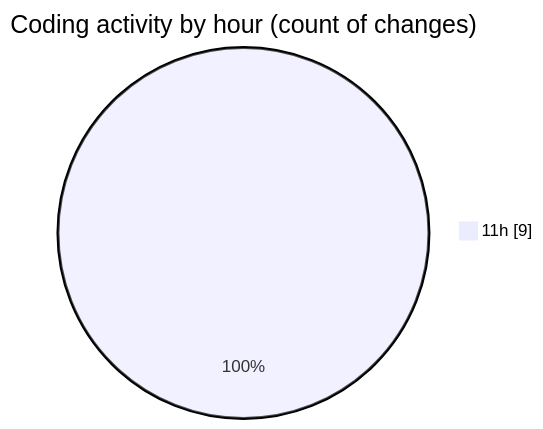
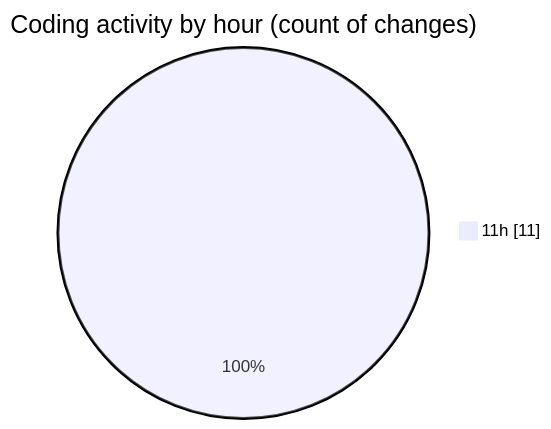
Before and after one commit to robertbonfada/code-tracking: the second of 2 diagrams in 2025-01-25/termonied-web/README.md, drawn with Mermaid. The commit also changed other lines of this file and 1 other file, not shown here.

````diff
--- a/2025-01-25/termonied-web/README.md
+++ b/2025-01-25/termonied-web/README.md
@@ -30,5 +30,5 @@
 ```mermaid
 pie showData
 title Coding activity by hour (count of changes)
-"11h" : 9
+"11h" : 11
 ```
````
